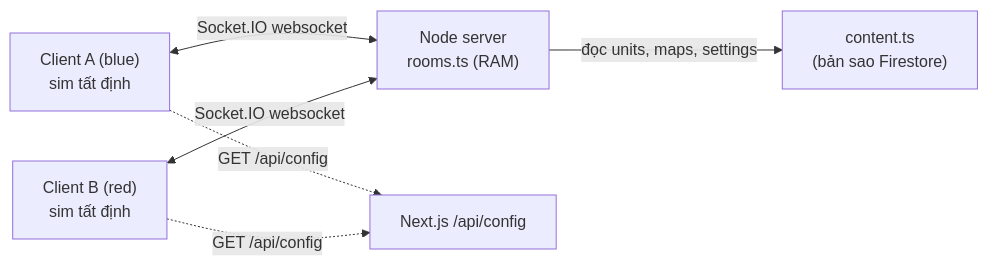
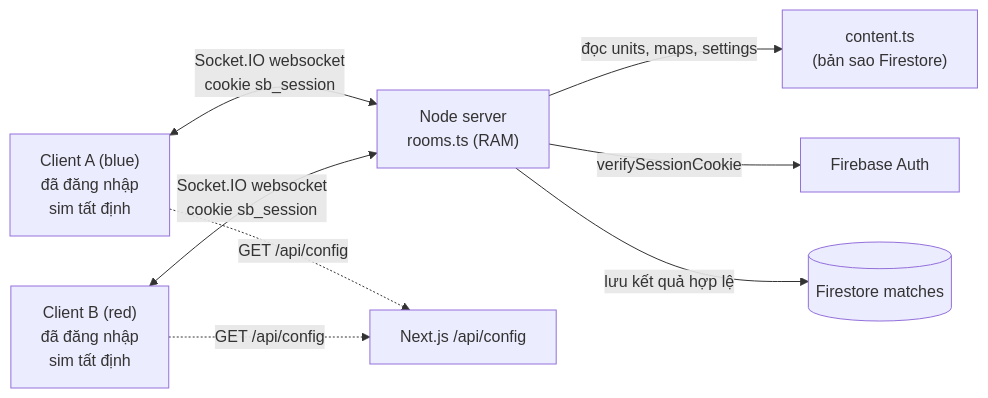
The third of 10 diagrams in docs/ARCHITECTURE.md (lualua0909/simulator-battle-webgame), drawn with Mermaid before and after one commit. The commit also changed other lines of this file and 11 other files, not shown here.

````diff
--- a/docs/ARCHITECTURE.md
+++ b/docs/ARCHITECTURE.md
@@ -166,8 +173,10 @@
 ```mermaid
 flowchart LR
-  A["Client A (blue)<br/>sim tất định"] <-- "Socket.IO websocket" --> S["Node server<br/>rooms.ts (RAM)"]
-  B["Client B (red)<br/>sim tất định"] <-- "Socket.IO websocket" --> S
+  A["Client A (blue)<br/>đã đăng nhập<br/>sim tất định"] <-- "Socket.IO websocket<br/>cookie sb_session" --> S["Node server<br/>rooms.ts (RAM)"]
+  B["Client B (red)<br/>đã đăng nhập<br/>sim tất định"] <-- "Socket.IO websocket<br/>cookie sb_session" --> S
   S -- "đọc units, maps, settings" --> C["content.ts<br/>(bản sao Firestore)"]
+  S -- "verifySessionCookie" --> FA["Firebase Auth"]
+  S -- "lưu kết quả hợp lệ" --> M[("Firestore matches")]
   A -. "GET /api/config" .-> N["Next.js /api/config"]
   B -. "GET /api/config" .-> N
 ```
````
